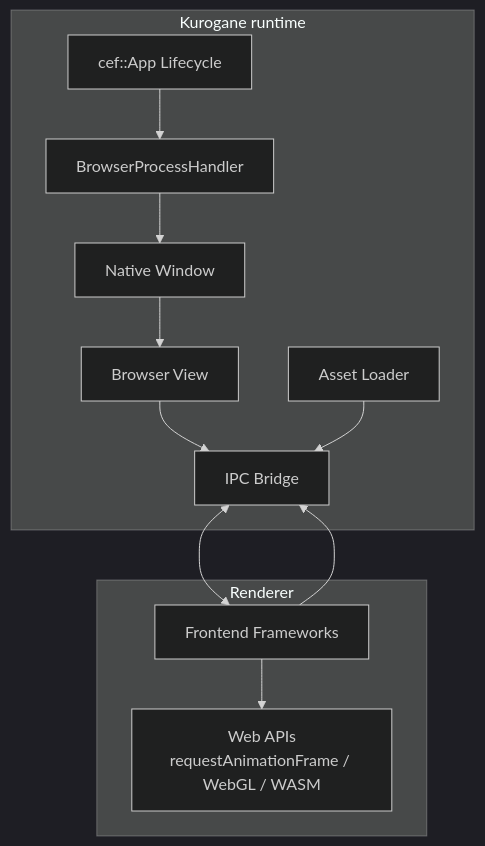
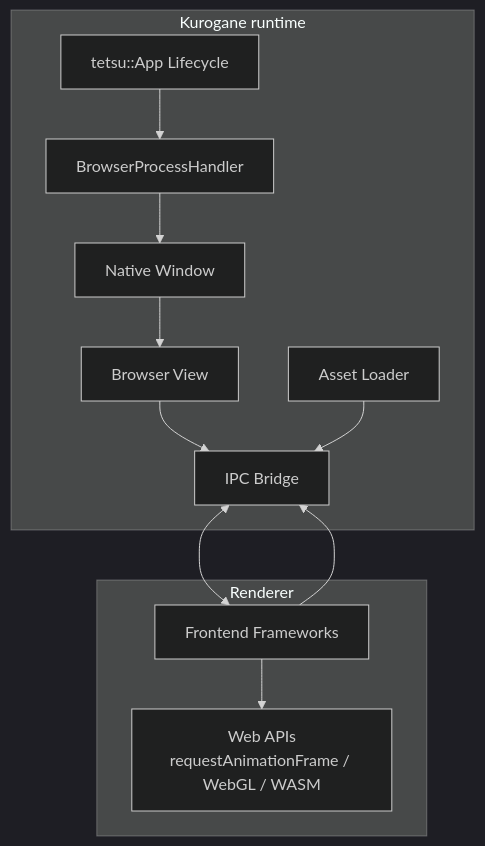
Before and after one commit to 0x48piraj/kurogane: the sixth of 6 diagrams in ARCHITECTURE.md, drawn with Mermaid (dark theme). The commit also changed 49 other files, not shown here.

Commit message:
feat!: build on tetsu, Kurogane's CEF bindings

````diff
--- a/ARCHITECTURE.md
+++ b/ARCHITECTURE.md
@@ -323,32 +323,32 @@
 ```mermaid
 flowchart TB
     %% Kurogane Layer
     subgraph Kurogane["Kurogane runtime"]
-        A[cef::App Lifecycle]
+        A[tetsu::App Lifecycle]
         B[BrowserProcessHandler]
         C[Native Window]
         D[Browser View]
         E[Asset Loader]
         F[IPC Bridge]
     end
 
     %% Renderer Layer
     subgraph Renderer["Renderer"]
         G[Frontend Frameworks]
         H[Web APIs<br/>requestAnimationFrame / WebGL / WASM]
     end
 
     %% Internal Rust connections
     A --> B
     B --> C
     C --> D
     D --> F
     E --> F
 
     %% Renderer connections
     G --> H
     G --> F
 
     %% IPC Bridge connection
     F <--> G
 ```
````
